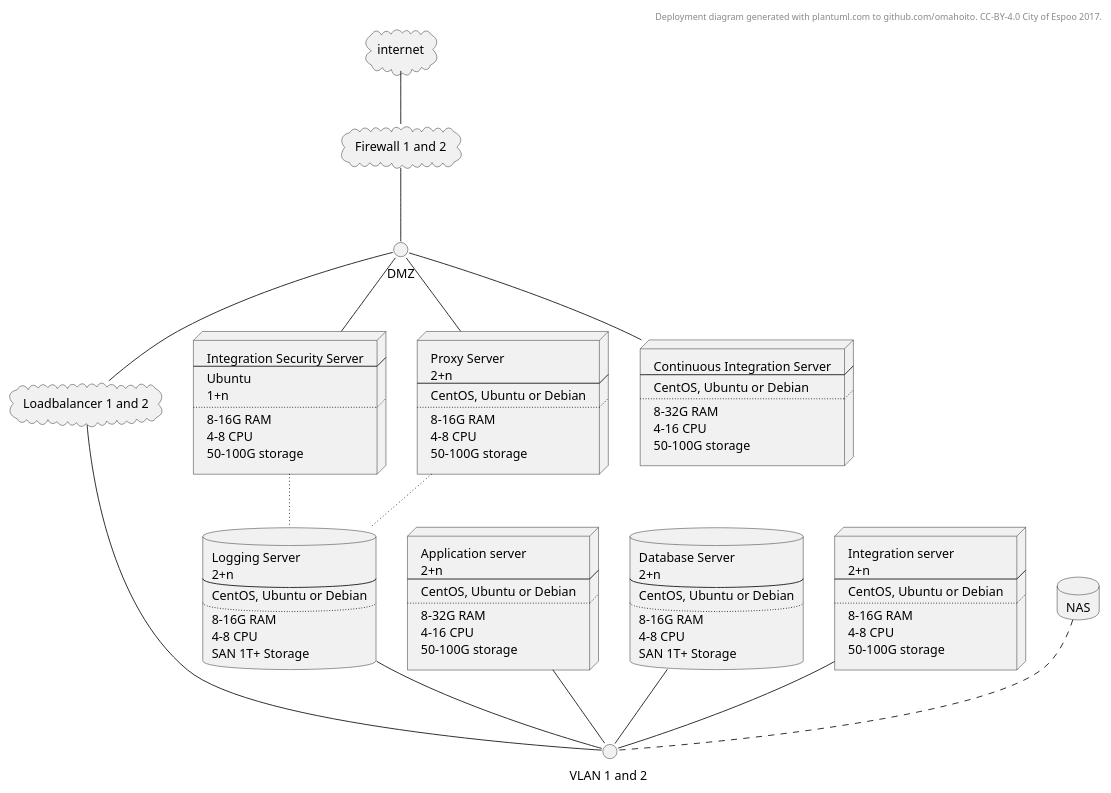
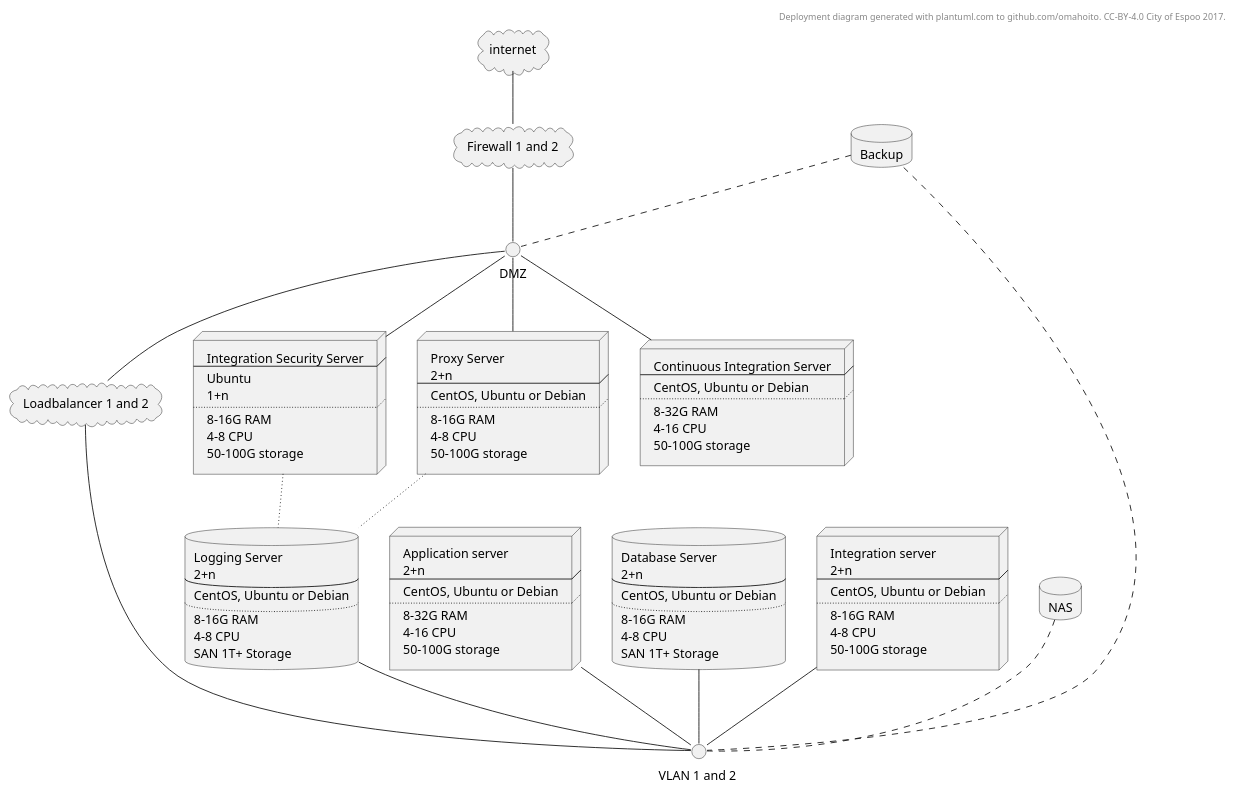
The diagram in deployment.MD (ruoat/definitions), drawn with PlantUML before and after one commit.

```diff
--- a/deployment.MD
+++ b/deployment.MD
@@ -84,6 +84,7 @@
 50-100G storage
 ]
 database NAS
+database Backup
 
 internet -- firewall
 firewall -- DMZ 
@@ -100,5 +101,7 @@
 nodeintegration2 -- VLAN1
 logging1 -- VLAN1
 nodeas1 -- VLAN1
+Backup .. VLAN1
+Backup .. DMZ
 NAS .. VLAN1
 @enduml
```
